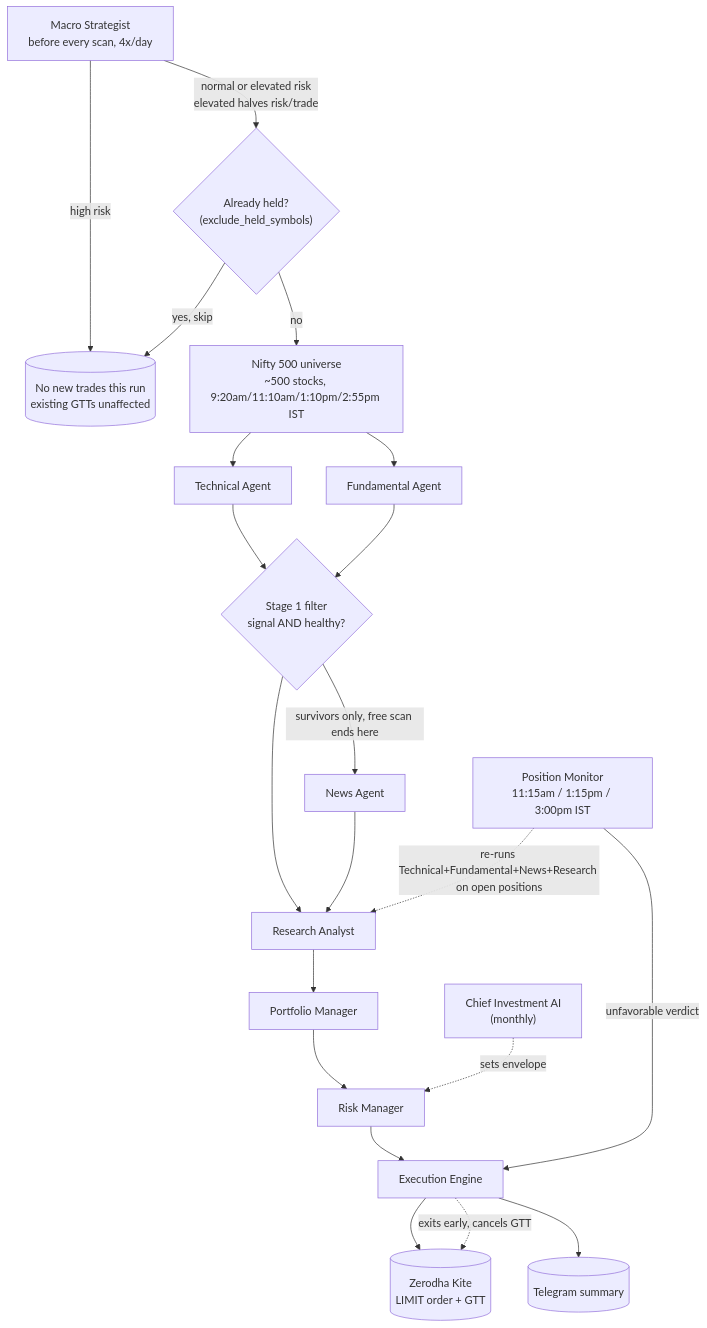
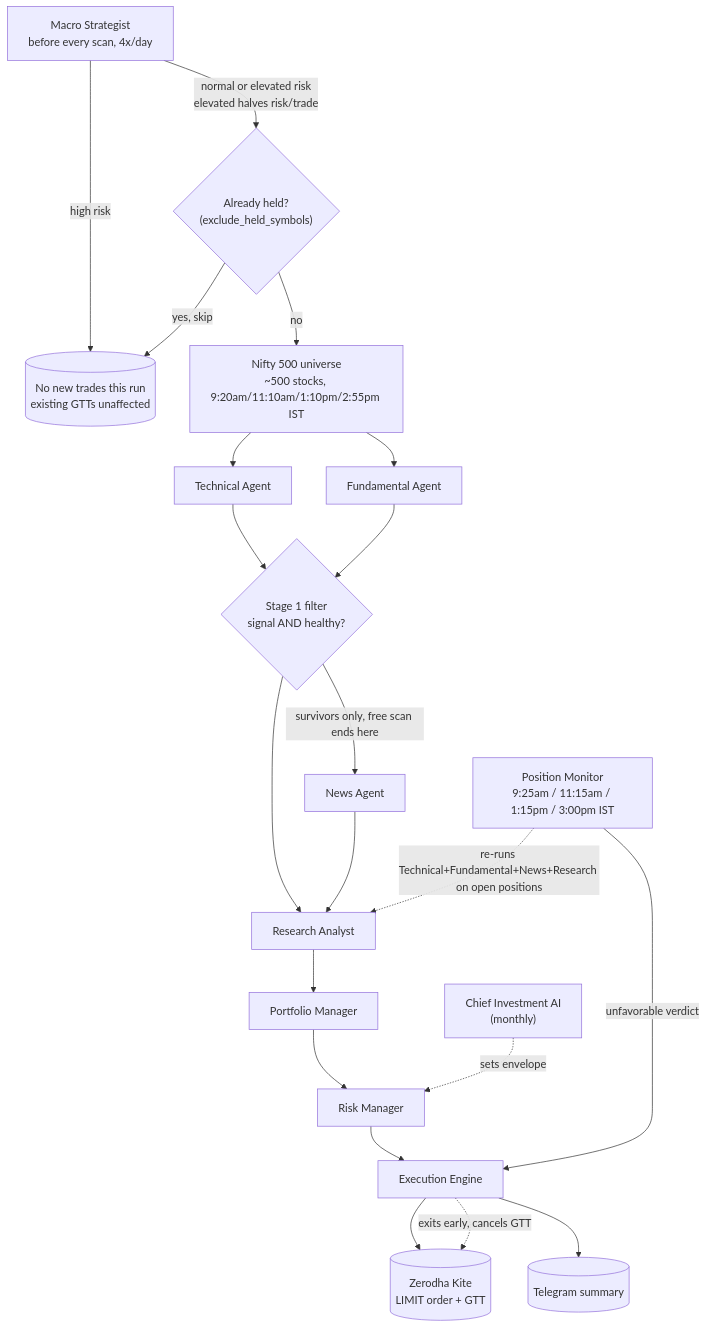
One commit to surajsurana/StockTradingBot changed the diagram in AGENT_STRUCTURE.md. Above: the diagram before and after it, drawn with Mermaid. The commit also changed other lines of this file, not shown here.

First line of the commit message:
Add 9:25am monitor_positions.py run to close the post-open gap

````diff
--- a/AGENT_STRUCTURE.md
+++ b/AGENT_STRUCTURE.md
@@ -31,26 +31,26 @@
 ```mermaid
 flowchart TD
     MACRO["Macro Strategist<br/>before every scan, 4x/day"]
     MACRO -->|high risk| SKIP[("No new trades this run<br/>existing GTTs unaffected")]
     MACRO -->|normal or elevated risk<br/>elevated halves risk/trade| HELD{"Already held?<br/>(exclude_held_symbols)"}
     HELD -->|yes, skip| SKIP
     HELD -->|no| U["Nifty 500 universe<br/>~500 stocks, 9:20am/11:10am/1:10pm/2:55pm IST"]
     U --> TECH[Technical Agent]
     U --> FUND[Fundamental Agent]
     TECH --> S1{"Stage 1 filter<br/>signal AND healthy?"}
     FUND --> S1
     S1 -->|survivors only, free scan ends here| NEWS[News Agent]
     S1 --> RESEARCH[Research Analyst]
     NEWS --> RESEARCH
     RESEARCH --> PM[Portfolio Manager]
     PM --> RM[Risk Manager]
     CIO["Chief Investment AI<br/>(monthly)"] -.sets envelope.-> RM
     RM --> EXEC[Execution Engine]
     EXEC --> KITE[("Zerodha Kite<br/>LIMIT order + GTT")]
     EXEC --> TG[("Telegram summary")]
 
-    MON["Position Monitor<br/>11:15am / 1:15pm / 3:00pm IST"]
+    MON["Position Monitor<br/>9:25am / 11:15am / 1:15pm / 3:00pm IST"]
     MON -.re-runs Technical+Fundamental+News+Research on open positions.-> RESEARCH
     MON -->|unfavorable verdict| EXEC
     EXEC -.exits early, cancels GTT.-> KITE
 ```
````
